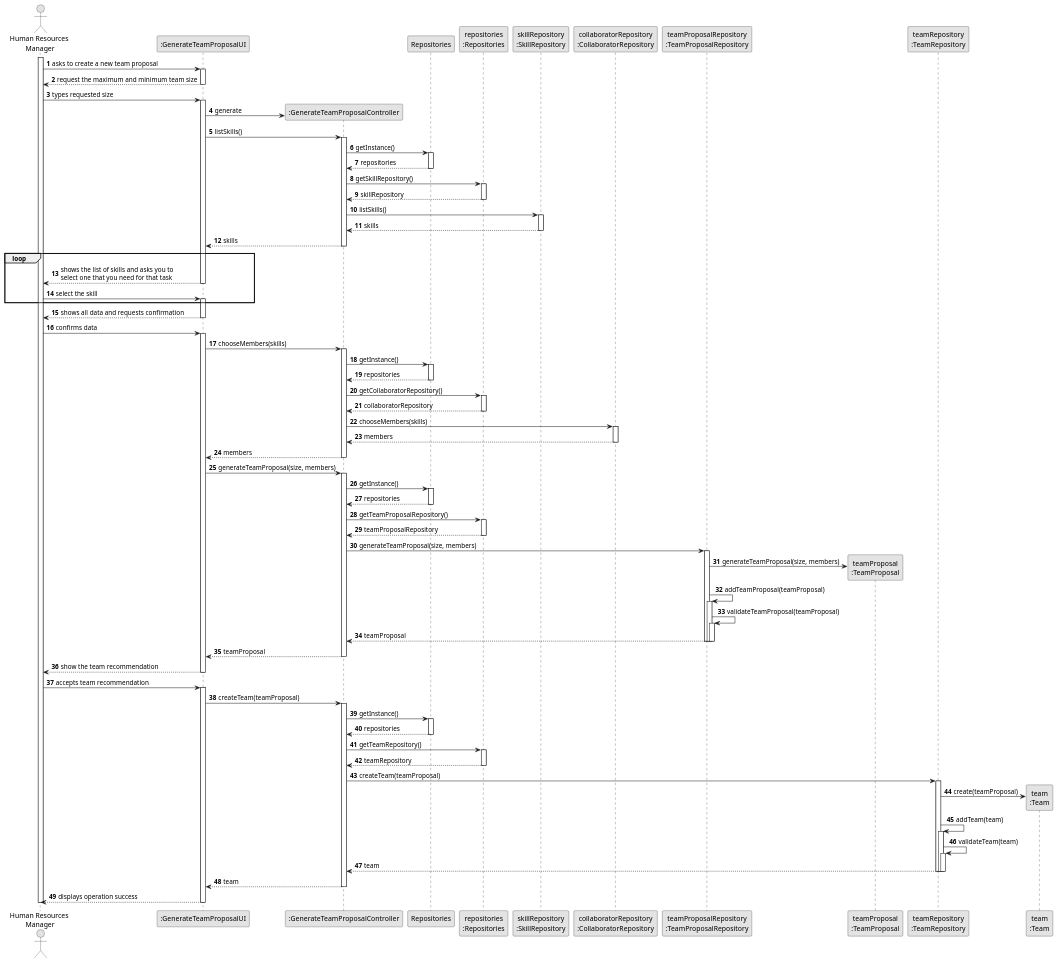
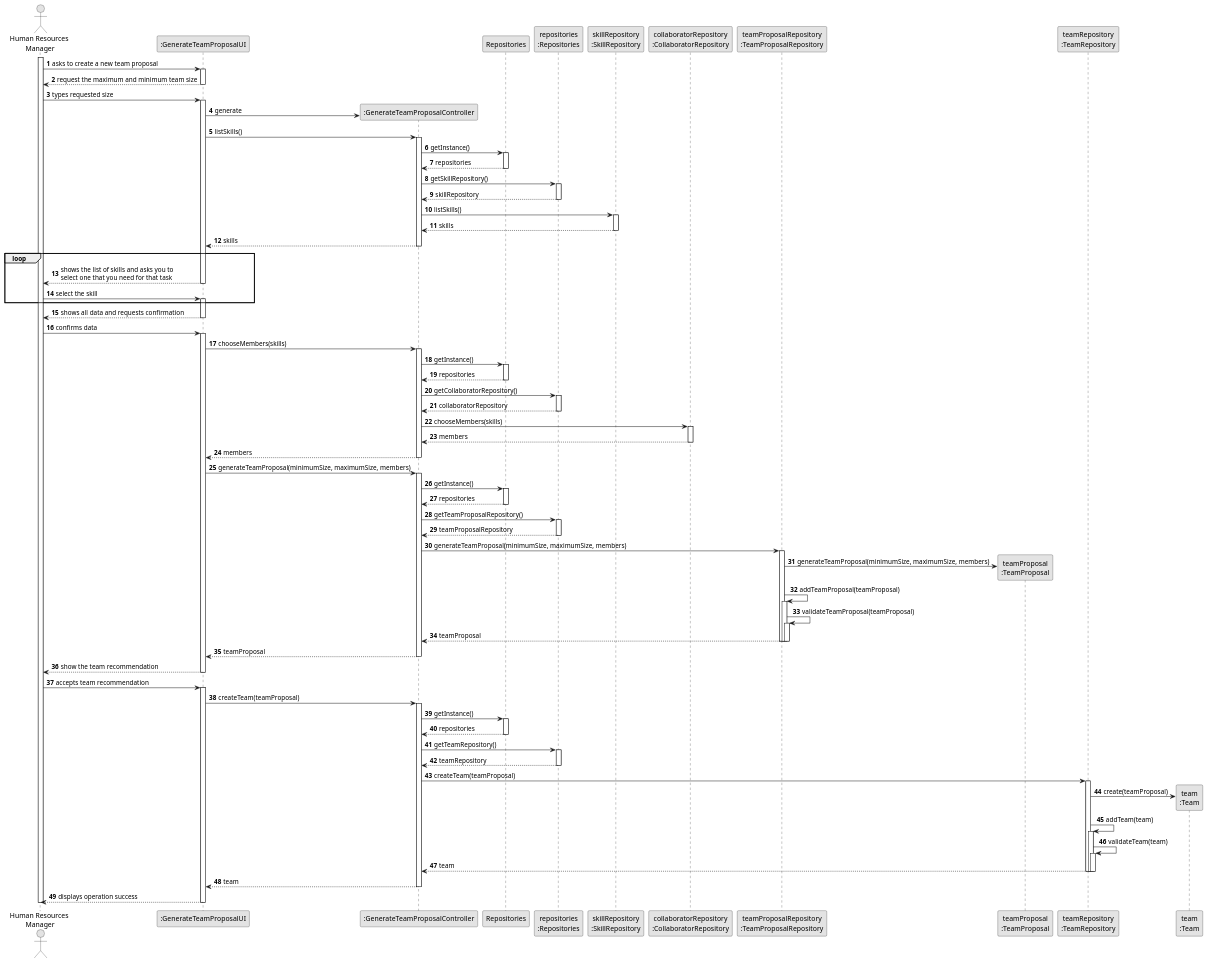
The diagram in docs/sprintB/us005/03.design/puml/us005-sequence-diagram-full.puml (diogoveirospro/lei-24-s2-1dg-g072), drawn with PlantUML before and after one commit. The commit also changed 8 other files, not shown here.

```diff
--- a/docs/sprintB/us005/03.design/puml/us005-sequence-diagram-full.puml
+++ b/docs/sprintB/us005/03.design/puml/us005-sequence-diagram-full.puml
@@ -1,183 +1,183 @@
 @startuml
 skinparam monochrome true
 skinparam packageStyle rectangle
 skinparam shadowing false
 
 autonumber
 
 'hide footbox
 actor "Human Resources\n Manager" as HRM
 participant ":GenerateTeamProposalUI" as UI
 participant ":GenerateTeamProposalController" as CTRL
 participant Repositories
 participant "repositories\n:Repositories" as REP
 participant "skillRepository\n:SkillRepository" as SKILLREP
 participant "collaboratorRepository\n:CollaboratorRepository" as COLREP
 participant "teamProposalRepository\n:TeamProposalRepository" as TEAMPROREP
 participant "teamProposal\n:TeamProposal" as teamProposal
 participant "teamRepository\n:TeamRepository" as TEAMREP
 participant "team\n:Team" as team
 
 activate HRM
 
     HRM -> UI : asks to create a new team proposal
     activate UI
 
         UI --> HRM : request the maximum and minimum team size
     deactivate UI
 
     HRM -> UI : types requested size
     activate UI
 
         UI -> CTRL** : generate
 
 
         UI -> CTRL : listSkills()
         activate CTRL
 
            CTRL -> Repositories: getInstance()
            activate Repositories
 
                 Repositories --> CTRL: repositories
            deactivate Repositories
 
            CTRL -> REP: getSkillRepository()
            activate REP
 
                 REP --> CTRL: skillRepository
            deactivate REP
 
             CTRL -> SKILLREP : listSkills()
             activate SKILLREP
 
                 SKILLREP --> CTRL : skills
             deactivate SKILLREP
 
             CTRL --> UI : skills
         deactivate CTRL
 
     loop
         UI --> HRM: shows the list of skills and asks you to \nselect one that you need for that task
     deactivate UI
 
     HRM -> UI: select the skill
     activate UI
 
     end
 
         UI --> HRM: shows all data and requests confirmation
     deactivate UI
 
     HRM -> UI: confirms data
     activate UI
 
         UI -> CTRL: chooseMembers(skills)
         activate CTRL
 
             CTRL -> Repositories: getInstance()
             activate Repositories
 
                 Repositories --> CTRL: repositories
             deactivate Repositories
 
             CTRL -> REP: getCollaboratorRepository()
             activate REP
 
                 REP --> CTRL: collaboratorRepository
             deactivate REP
 
             CTRL -> COLREP: chooseMembers(skills)
             activate COLREP
 
                 COLREP --> CTRL: members
             deactivate COLREP
 
             CTRL --> UI: members
         deactivate CTRL
 
-        UI -> CTRL: generateTeamProposal(size, members)
+        UI -> CTRL: generateTeamProposal(minimumSize, maximumSize, members)
         activate CTRL
 
             CTRL -> Repositories: getInstance()
             activate Repositories
 
                 Repositories --> CTRL: repositories
             deactivate Repositories
 
             CTRL -> REP: getTeamProposalRepository()
             activate REP
 
                 REP --> CTRL: teamProposalRepository
             deactivate REP
 
-            CTRL -> TEAMPROREP: generateTeamProposal(size, members)
+            CTRL -> TEAMPROREP: generateTeamProposal(minimumSize, maximumSize, members)
             activate TEAMPROREP
 
-                TEAMPROREP -> teamProposal**: generateTeamProposal(size, members)
+                TEAMPROREP -> teamProposal**: generateTeamProposal(minimumSize, maximumSize, members)
 
                     TEAMPROREP -> TEAMPROREP : addTeamProposal(teamProposal)
                     activate TEAMPROREP
 
                     TEAMPROREP -> TEAMPROREP : validateTeamProposal(teamProposal)
                     activate TEAMPROREP
 
                 TEAMPROREP --> CTRL: teamProposal
 
                 deactivate TEAMPROREP
 
                 deactivate TEAMPROREP
 
                 
             deactivate TEAMPROREP
 
             CTRL --> UI: teamProposal
         deactivate CTRL
 
         UI --> HRM: show the team recommendation
     deactivate UI
 
     HRM -> UI: accepts team recommendation
     activate UI
 
         UI -> CTRL: createTeam(teamProposal)
         activate CTRL
 
             CTRL -> Repositories: getInstance()
             activate Repositories
 
                 Repositories --> CTRL: repositories
             deactivate Repositories
 
             CTRL -> REP: getTeamRepository()
             activate REP
 
                 REP --> CTRL: teamRepository
             deactivate REP
 
             CTRL -> TEAMREP: createTeam(teamProposal)
             activate TEAMREP
 
                 TEAMREP -> team**: create(teamProposal)
 
                     TEAMREP -> TEAMREP: addTeam(team)
                     activate TEAMREP
 
                     TEAMREP -> TEAMREP: validateTeam(team)
                     activate TEAMREP
 
                 TEAMREP --> CTRL: team
             deactivate TEAMREP
 
                     deactivate TEAMREP
 
                     deactivate TEAMREP
 
             CTRL --> UI: team
         deactivate CTRL
 
         UI --> HRM: displays operation success
     deactivate UI
 
 deactivate HRM
 
 @enduml
```
